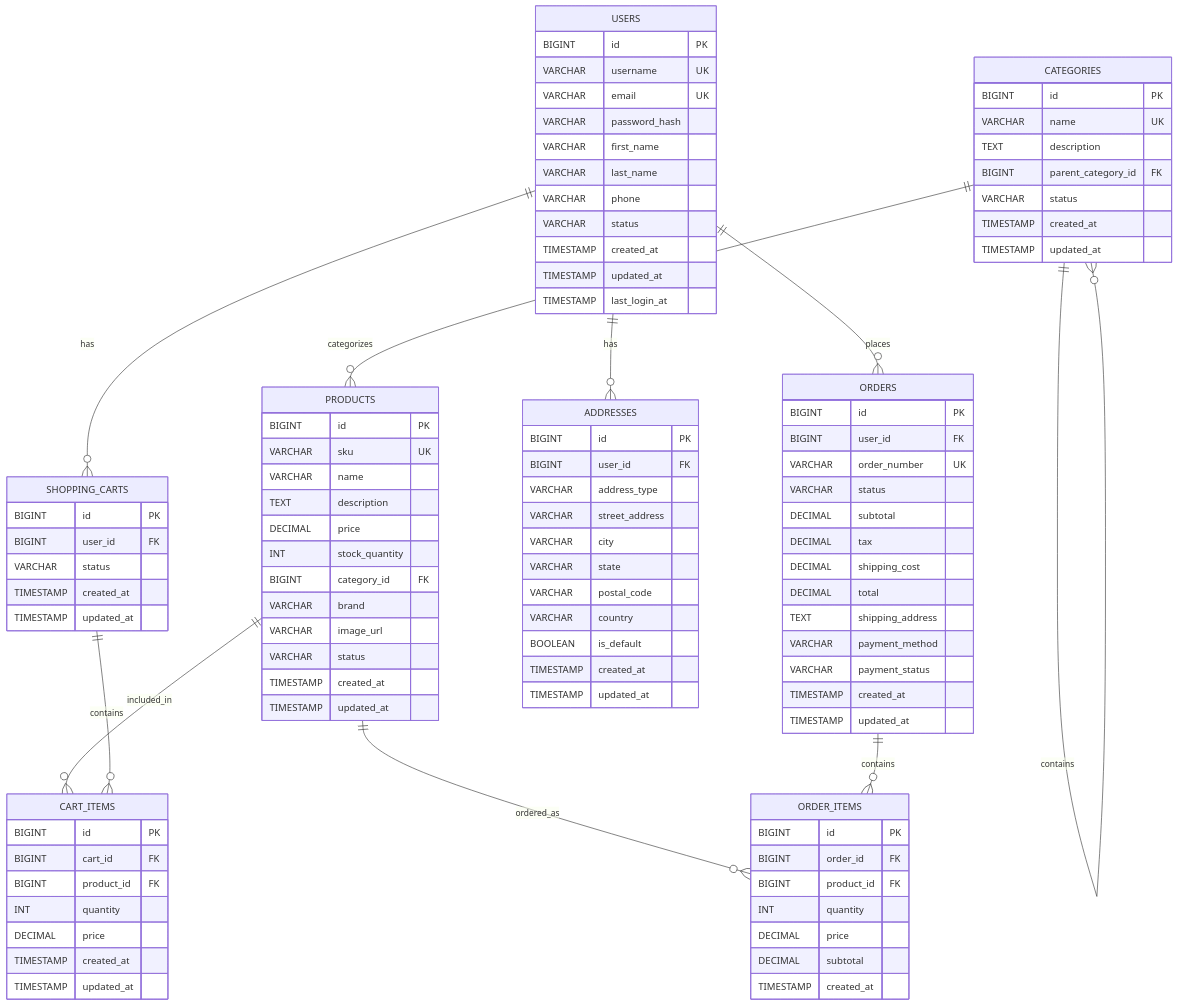
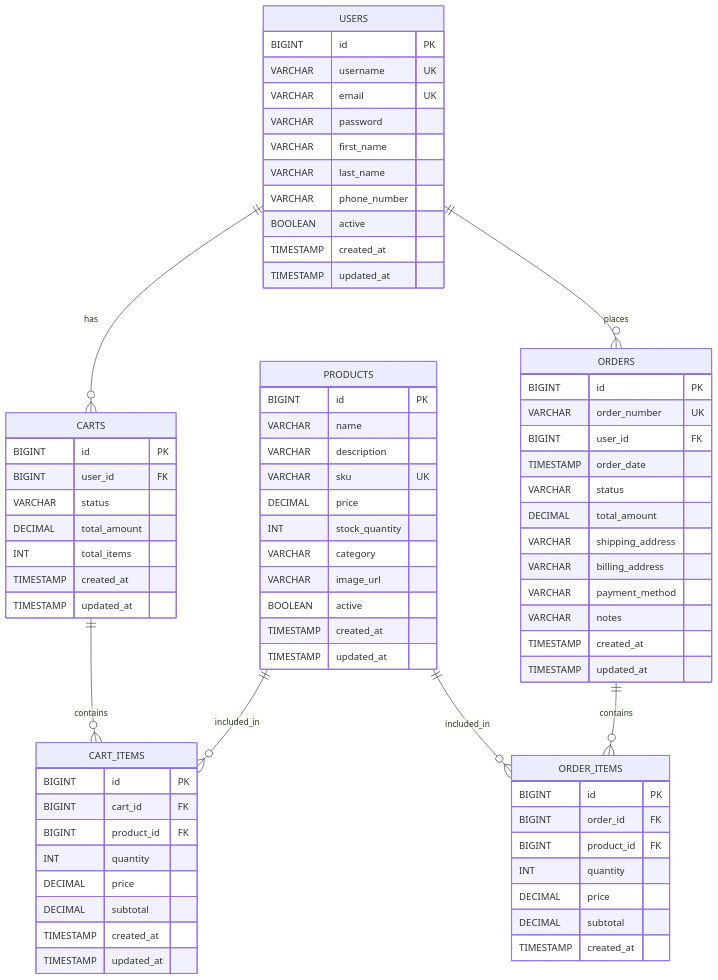
One commit to NavneetBN47/ecommerce changed the diagram in docs/er_diagram.mmd. Above: the diagram before and after it, drawn with Mermaid. The commit also changed 32 other files, not shown here.

````diff
--- a/docs/er_diagram.mmd
+++ b/docs/er_diagram.mmd
@@ -1,113 +1,80 @@
-```mermaid
 erDiagram
-    USERS ||--o{ SHOPPING_CARTS : "has"
+    USERS ||--o{ CARTS : "has"
     USERS ||--o{ ORDERS : "places"
-    USERS ||--o{ ADDRESSES : "has"
-    
-    CATEGORIES ||--o{ CATEGORIES : "contains"
-    CATEGORIES ||--o{ PRODUCTS : "categorizes"
-    
+    CARTS ||--o{ CART_ITEMS : "contains"
     PRODUCTS ||--o{ CART_ITEMS : "included_in"
-    PRODUCTS ||--o{ ORDER_ITEMS : "ordered_as"
-    
-    SHOPPING_CARTS ||--o{ CART_ITEMS : "contains"
-    
+    PRODUCTS ||--o{ ORDER_ITEMS : "included_in"
     ORDERS ||--o{ ORDER_ITEMS : "contains"
-    
+
     USERS {
         BIGINT id PK
         VARCHAR username UK
         VARCHAR email UK
-        VARCHAR password_hash
+        VARCHAR password
         VARCHAR first_name
         VARCHAR last_name
-        VARCHAR phone
-        VARCHAR status
-        TIMESTAMP created_at
-        TIMESTAMP updated_at
-        TIMESTAMP last_login_at
-    }
-    
-    CATEGORIES {
-        BIGINT id PK
-        VARCHAR name UK
-        TEXT description
-        BIGINT parent_category_id FK
-        VARCHAR status
+        VARCHAR phone_number
+        BOOLEAN active
         TIMESTAMP created_at
         TIMESTAMP updated_at
     }
-    
+
     PRODUCTS {
         BIGINT id PK
+        VARCHAR name
+        VARCHAR description
         VARCHAR sku UK
-        VARCHAR name
-        TEXT description
         DECIMAL price
         INT stock_quantity
-        BIGINT category_id FK
-        VARCHAR brand
+        VARCHAR category
         VARCHAR image_url
-        VARCHAR status
+        BOOLEAN active
         TIMESTAMP created_at
         TIMESTAMP updated_at
     }
-    
-    SHOPPING_CARTS {
+
+    CARTS {
         BIGINT id PK
         BIGINT user_id FK
         VARCHAR status
+        DECIMAL total_amount
+        INT total_items
         TIMESTAMP created_at
         TIMESTAMP updated_at
     }
-    
+
     CART_ITEMS {
         BIGINT id PK
         BIGINT cart_id FK
         BIGINT product_id FK
         INT quantity
         DECIMAL price
+        DECIMAL subtotal
         TIMESTAMP created_at
         TIMESTAMP updated_at
     }
-    
+
     ORDERS {
         BIGINT id PK
+        VARCHAR order_number UK
         BIGINT user_id FK
-        VARCHAR order_number UK
+        TIMESTAMP order_date
         VARCHAR status
-        DECIMAL subtotal
-        DECIMAL tax
-        DECIMAL shipping_cost
-        DECIMAL total
-        TEXT shipping_address
+        DECIMAL total_amount
+        VARCHAR shipping_address
+        VARCHAR billing_address
         VARCHAR payment_method
-        VARCHAR payment_status
+        VARCHAR notes
         TIMESTAMP created_at
         TIMESTAMP updated_at
     }
-    
+
     ORDER_ITEMS {
         BIGINT id PK
         BIGINT order_id FK
         BIGINT product_id FK
         INT quantity
         DECIMAL price
         DECIMAL subtotal
         TIMESTAMP created_at
     }
-    
-    ADDRESSES {
-        BIGINT id PK
-        BIGINT user_id FK
-        VARCHAR address_type
-        VARCHAR street_address
-        VARCHAR city
-        VARCHAR state
-        VARCHAR postal_code
-        VARCHAR country
-        BOOLEAN is_default
-        TIMESTAMP created_at
-        TIMESTAMP updated_at
-    }
-```
````
